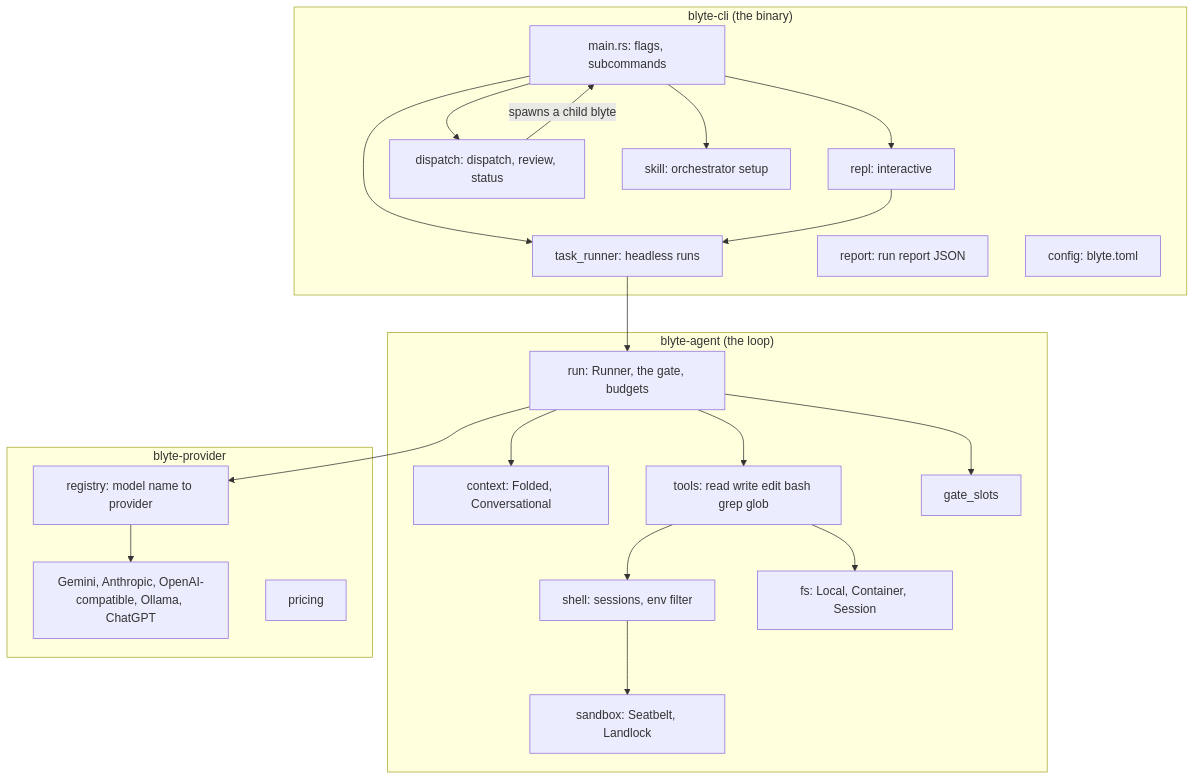
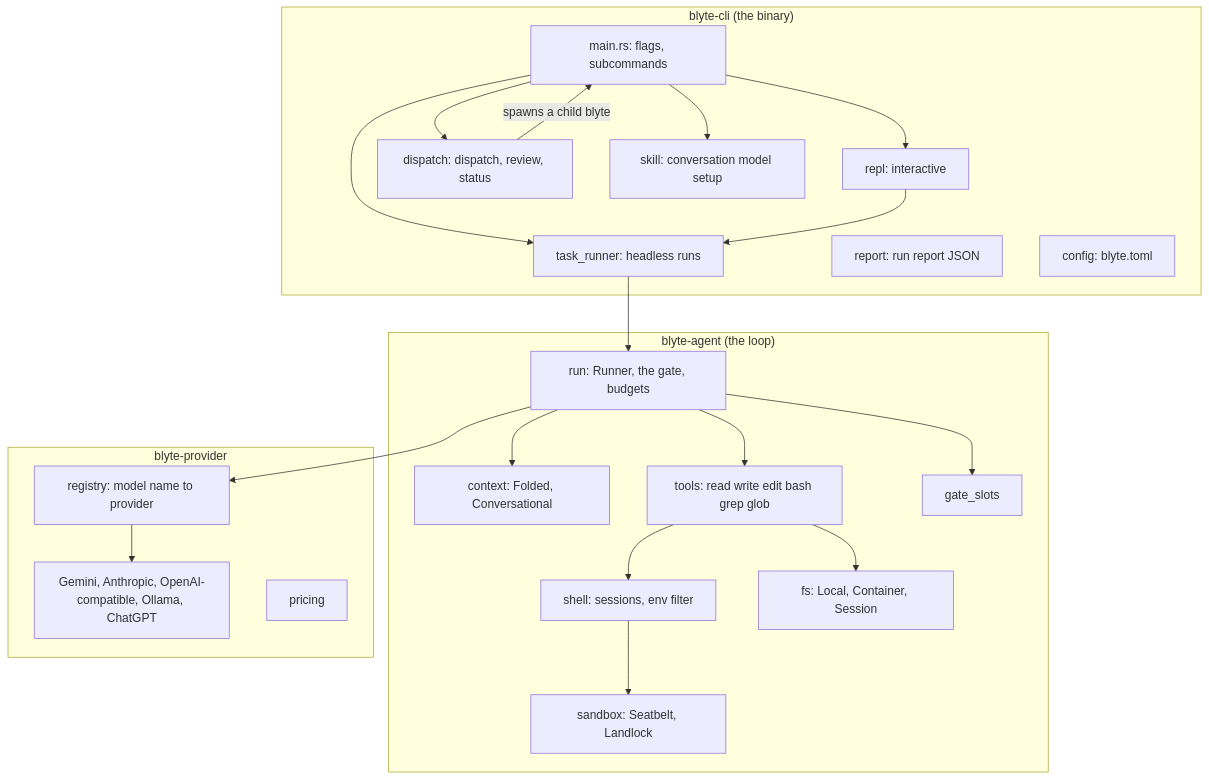
Before and after one commit to dnf0/blyte: the first of 4 diagrams in docs/architecture.md, drawn with Mermaid. The commit also changed other lines of this file and 75 other files, not shown here.

First line of the commit message:
feat: rename the orchestrator to the conversation model

````diff
--- a/docs/architecture.md
+++ b/docs/architecture.md
@@ -10,35 +10,35 @@
 ```mermaid
 flowchart TB
     subgraph cli["blyte-cli (the binary)"]
         main["main.rs: flags, subcommands"]
         tr["task_runner: headless runs"]
         repl["repl: interactive"]
         disp["dispatch: dispatch, review, status"]
-        skill["skill: orchestrator setup"]
+        skill["skill: conversation model setup"]
         rep["report: run report JSON"]
         cfg["config: blyte.toml"]
     end
     subgraph agent["blyte-agent (the loop)"]
         run["run: Runner, the gate, budgets"]
         ctx["context: Folded, Conversational"]
         tools["tools: read write edit bash grep glob"]
         shell["shell: sessions, env filter"]
         fs["fs: Local, Container, Session"]
         sb["sandbox: Seatbelt, Landlock"]
         slots["gate_slots"]
     end
     subgraph prov["blyte-provider"]
         reg["registry: model name to provider"]
         p["Gemini, Anthropic, OpenAI-compatible, Ollama, ChatGPT"]
         price["pricing"]
     end
     main --> tr & repl & disp & skill
     tr --> run
     repl --> tr
     disp -->|"spawns a child blyte"| main
     run --> ctx & tools & slots
     tools --> shell & fs
     shell --> sb
     run --> reg
     reg --> p
 ```
````
